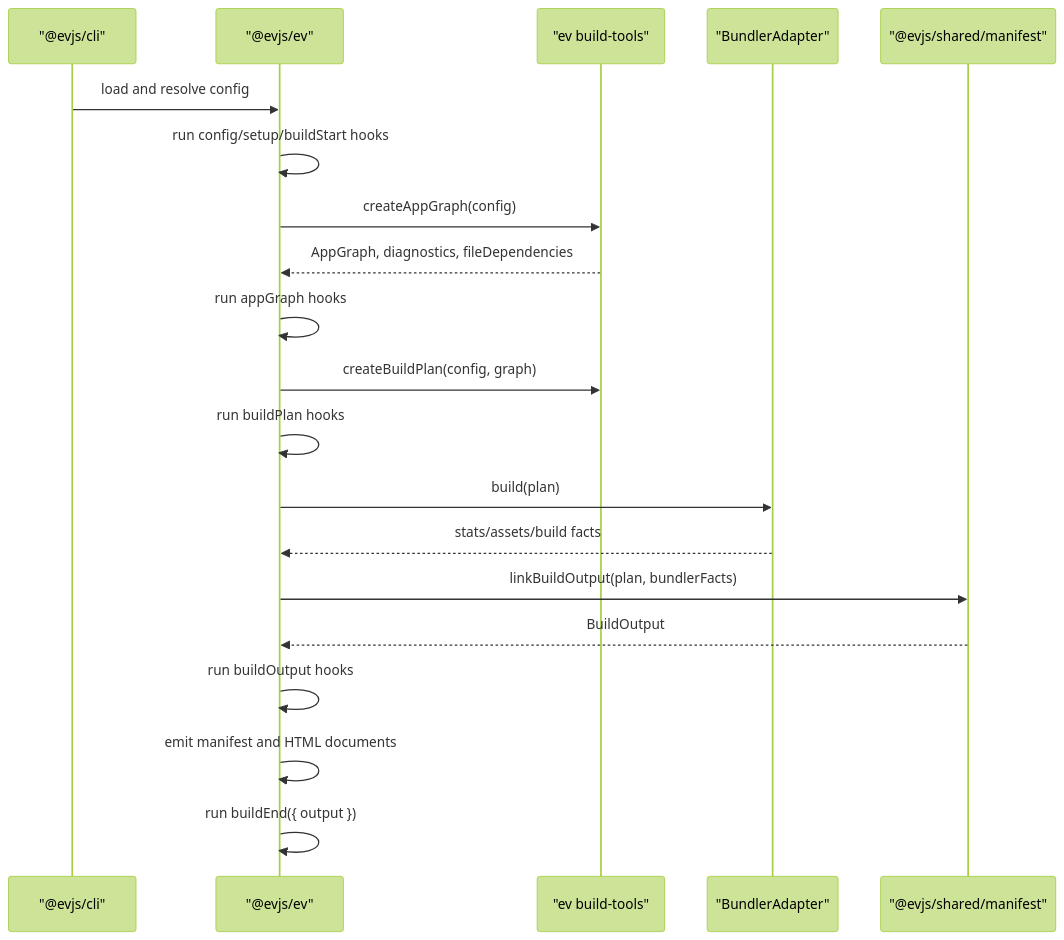
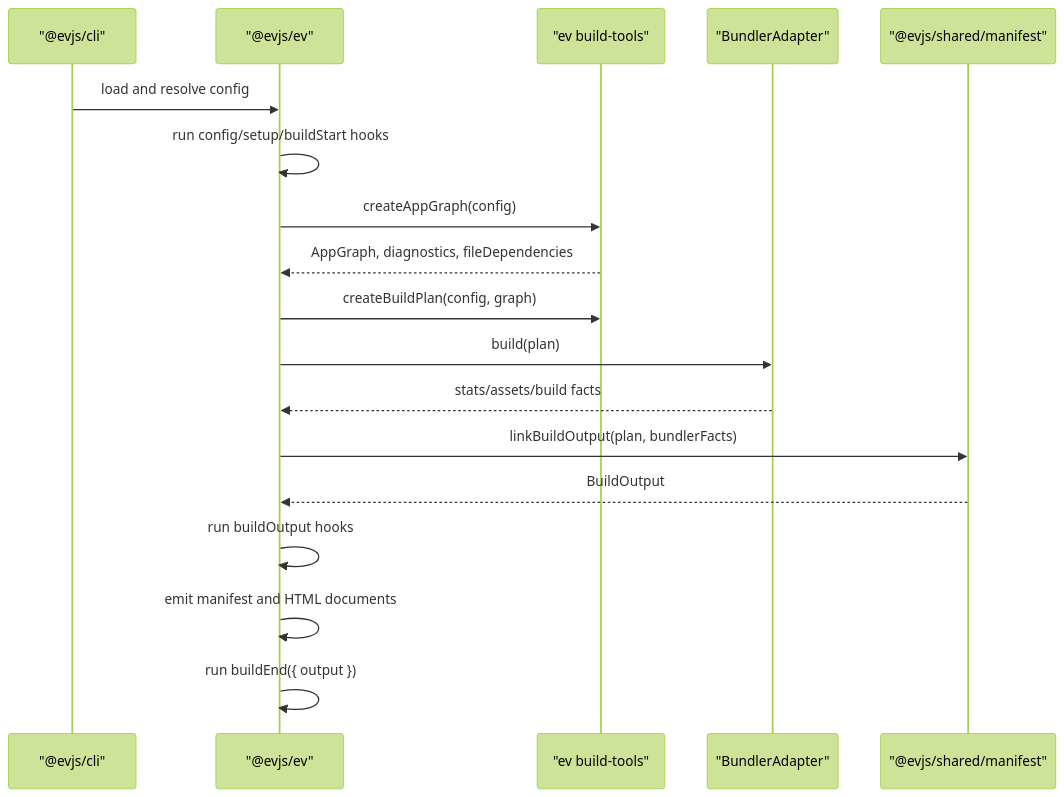
The diagram in ARCHITECTURE.md (afx-team/evjs), drawn with Mermaid (forest theme) before and after one commit. The commit also changed other lines of this file and 11 other files, not shown here.

````diff
--- a/ARCHITECTURE.md
+++ b/ARCHITECTURE.md
@@ -89,23 +89,21 @@
 ```mermaid
 sequenceDiagram
   participant CLI as "@evjs/cli"
   participant EV as "@evjs/ev"
   participant Tools as "ev build-tools"
   participant Bundler as "BundlerAdapter"
   participant Manifest as "@evjs/shared/manifest"
 
   CLI->>EV: load and resolve config
   EV->>EV: run config/setup/buildStart hooks
   EV->>Tools: createAppGraph(config)
   Tools-->>EV: AppGraph, diagnostics, fileDependencies
-  EV->>EV: run appGraph hooks
   EV->>Tools: createBuildPlan(config, graph)
-  EV->>EV: run buildPlan hooks
   EV->>Bundler: build(plan)
   Bundler-->>EV: stats/assets/build facts
   EV->>Manifest: linkBuildOutput(plan, bundlerFacts)
   Manifest-->>EV: BuildOutput
   EV->>EV: run buildOutput hooks
   EV->>EV: emit manifest and HTML documents
   EV->>EV: run buildEnd({ output })
 ```
````
